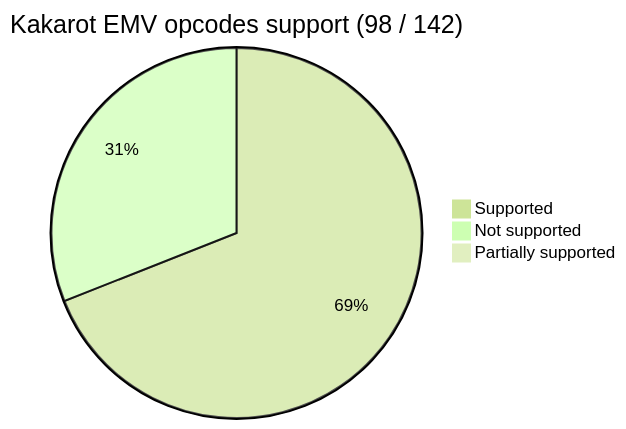
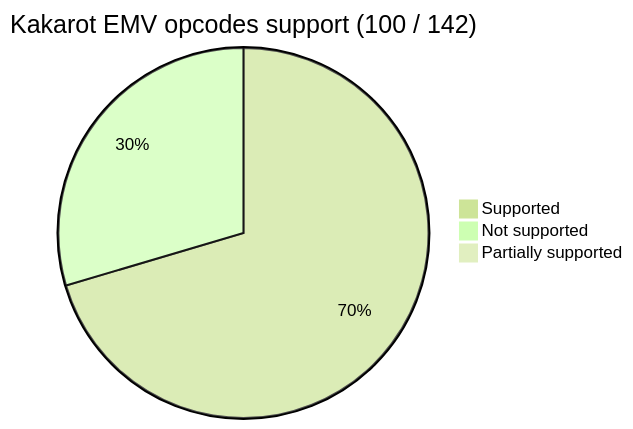
Before and after one commit to kkrt-labs/kakarot: the first of 2 diagrams in README.md, drawn with Mermaid. The commit also changed 1 other file, not shown here.

Commit message:
implementation of 0x3a GASPRICE

````diff
--- a/README.md
+++ b/README.md
@@ -40,9 +40,9 @@
 ```mermaid
 %%{init: {'theme': 'forest', 'themeVariables': { 'darkMode': 'false'}}}%%
 
-pie title Kakarot EMV opcodes support (98 / 142)
-    "Supported" : 98
-    "Not supported" : 44
+pie title Kakarot EMV opcodes support (100 / 142)
+    "Supported" : 100
+    "Not supported" : 42
 
     "Partially supported" : 0
 ```
````
